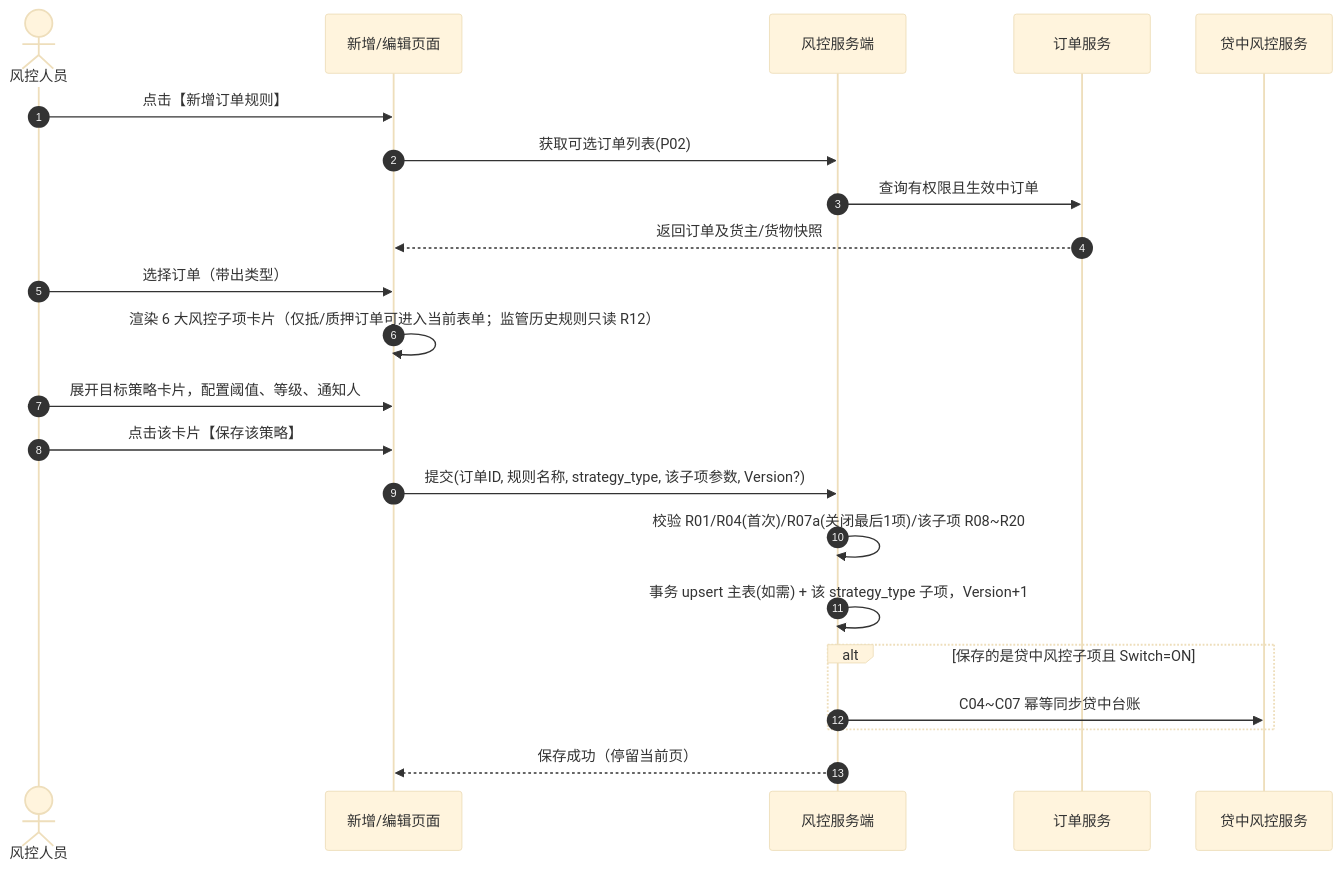
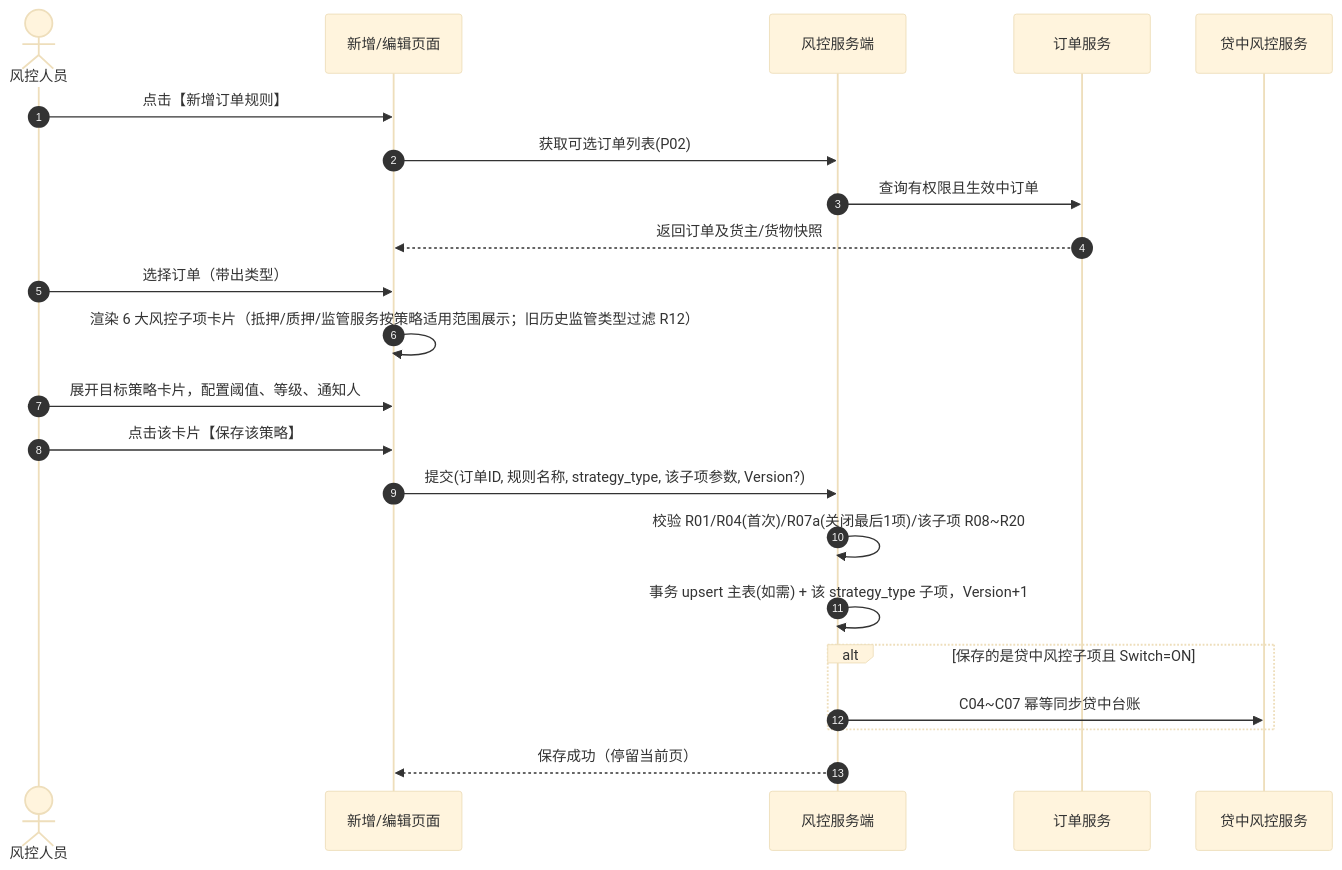
Before and after one commit to RobertHuang999/SYZC: the second of 3 diagrams in 02-PRD文档/B-迭代需求/6.2版本（2026.08）/03-预警配置/03订单预警配置/订单预警配置业务规则规格.md, drawn with Mermaid (base theme). The commit also changed other lines of this file and 55 other files, not shown here.

````diff
--- a/02-PRD文档/B-迭代需求/6.2版本（2026.08）/03-预警配置/03订单预警配置/订单预警配置业务规则规格.md
+++ b/02-PRD文档/B-迭代需求/6.2版本（2026.08）/03-预警配置/03订单预警配置/订单预警配置业务规则规格.md
@@ -329,25 +329,25 @@
 ```mermaid
 sequenceDiagram
     autonumber
     actor User as 风控人员
     participant FE as 新增/编辑页面
     participant API as 风控服务端
     participant ORD as 订单服务
     participant MID as 贷中风控服务
 
     User->>FE: 点击【新增订单规则】
     FE->>API: 获取可选订单列表(P02)
     API->>ORD: 查询有权限且生效中订单
     ORD-->>FE: 返回订单及货主/货物快照
     User->>FE: 选择订单（带出类型）
-    FE->>FE: 渲染 6 大风控子项卡片（仅抵/质押订单可进入当前表单；监管历史规则只读 R12）
+    FE->>FE: 渲染 6 大风控子项卡片（抵押/质押/监管服务按策略适用范围展示；旧历史监管类型过滤 R12）
     User->>FE: 展开目标策略卡片，配置阈值、等级、通知人
     User->>FE: 点击该卡片【保存该策略】
     FE->>API: 提交(订单ID, 规则名称, strategy_type, 该子项参数, Version?)
     API->>API: 校验 R01/R04(首次)/R07a(关闭最后1项)/该子项 R08~R20
     API->>API: 事务 upsert 主表(如需) + 该 strategy_type 子项，Version+1
     alt 保存的是贷中风控子项且 Switch=ON
         API->>MID: C04~C07 幂等同步贷中台账
     end
     API-->>FE: 保存成功（停留当前页）
 ```
````
